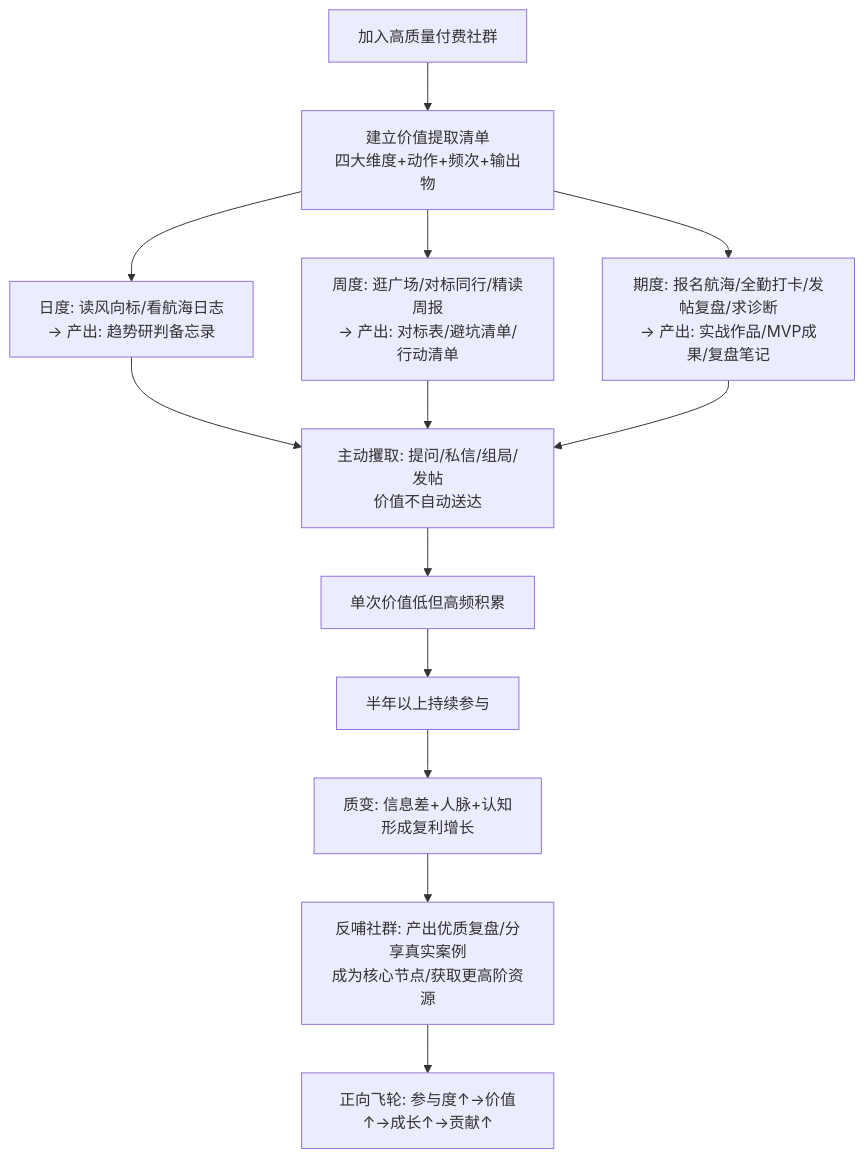
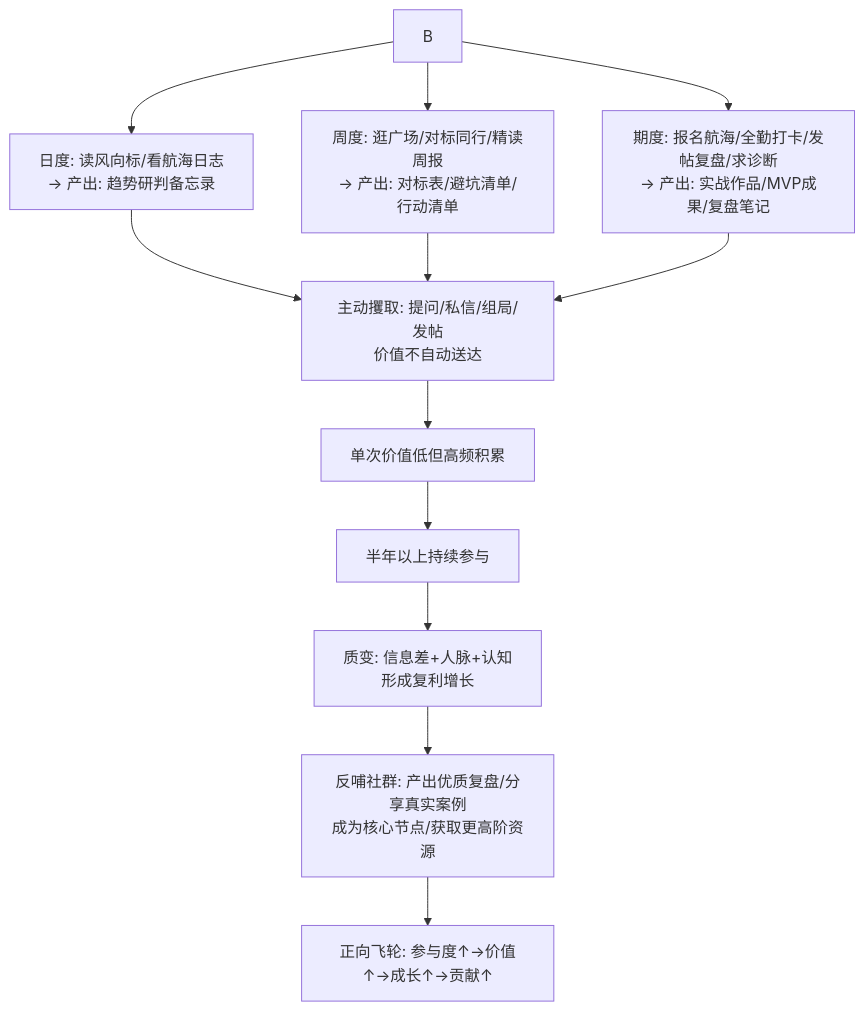
The seventh of 10 diagrams in docs/202303_paper2textbook/asset/body_fix_ffc1c68e9faea8e15e6fd2d649d19b9e_a1ada69a11783b166fd2430b1ce77521_46848ea6c79c5ef975df95ac65361cce_809b81aaa1266a4afe2d94a8fc2224ef.md (OpenDocCN1/flygon-zhuanqian-zhoubao), drawn with Mermaid before and after one commit. The commit also changed other lines of this file and 14991 other files, not shown here.

````diff
--- a/docs/202303_paper2textbook/asset/body_fix_ffc1c68e9faea8e15e6fd2d649d19b9e_a1ada69a11783b166fd2430b1ce77521_46848ea6c79c5ef975df95ac65361cce_809b81aaa1266a4afe2d94a8fc2224ef.md
+++ b/docs/202303_paper2textbook/asset/body_fix_ffc1c68e9faea8e15e6fd2d649d19b9e_a1ada69a11783b166fd2430b1ce77521_46848ea6c79c5ef975df95ac65361cce_809b81aaa1266a4afe2d94a8fc2224ef.md
@@ -436,15 +436,14 @@
 ```mermaid
 graph TD
-    A[加入高质量付费社群] --> B[建立价值提取清单<br/>四大维度+动作+频次+输出物]
     B --> C[日度: 读风向标/看航海日志<br/>→ 产出: 趋势研判备忘录]
     B --> D[周度: 逛广场/对标同行/精读周报<br/>→ 产出: 对标表/避坑清单/行动清单]
     B --> E[期度: 报名航海/全勤打卡/发帖复盘/求诊断<br/>→ 产出: 实战作品/MVP成果/复盘笔记]
     C --> F[主动攫取: 提问/私信/组局/发帖<br/>价值不自动送达]
     D --> F
     E --> F
     F --> G[单次价值低但高频积累]
     G --> H[半年以上持续参与]
     H --> I[质变: 信息差+人脉+认知<br/>形成复利增长]
     I --> J[反哺社群: 产出优质复盘/分享真实案例<br/>成为核心节点/获取更高阶资源]
     J --> K[正向飞轮: 参与度↑→价值↑→成长↑→贡献↑]
 ```
````
